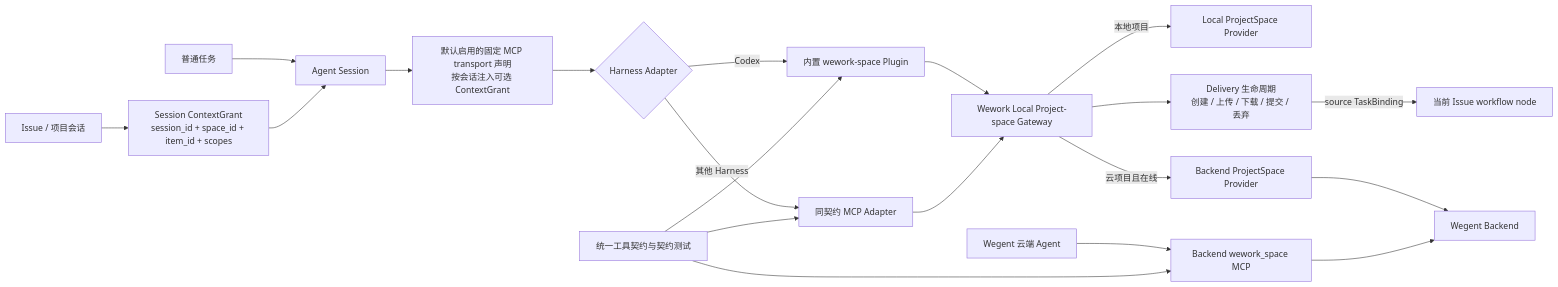
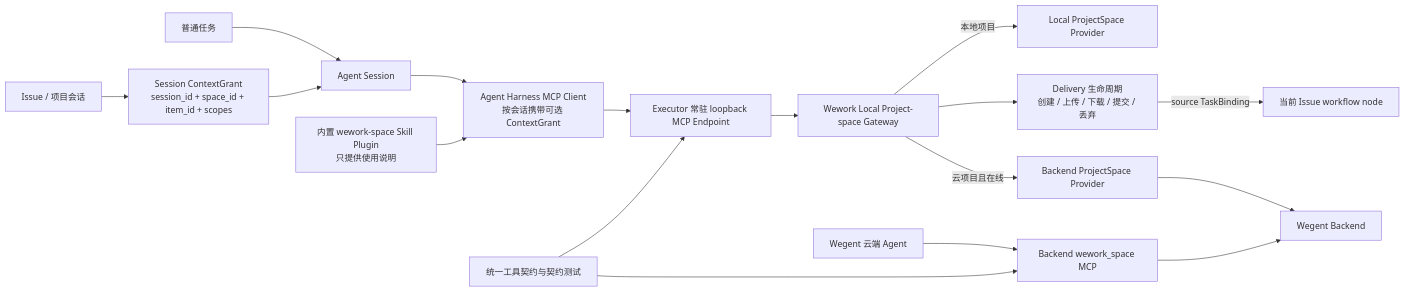
One commit to wecode-ai/Wegent changed the first of 2 diagrams in docs/zh/architecture/project-space-agent-capability.md. Above: the diagram before and after it, drawn with Mermaid. The commit also changed other lines of this file and 89 other files, not shown here.

````diff
--- a/docs/zh/architecture/project-space-agent-capability.md
+++ b/docs/zh/architecture/project-space-agent-capability.md
@@ -9,22 +9,19 @@
 ```mermaid
 flowchart LR
     ISSUE[Issue / 项目会话] --> GRANT[Session ContextGrant<br/>session_id + space_id + item_id + scopes]
     GENERIC[普通任务] --> SESSION[Agent Session]
     GRANT --> SESSION
-    SESSION --> DECLARATION[默认启用的固定 MCP transport 声明<br/>按会话注入可选 ContextGrant]
-    DECLARATION --> ADAPTER{Harness Adapter}
-    ADAPTER -->|Codex| PLUGIN[内置 wework-space Plugin]
-    ADAPTER -->|其他 Harness| MCP_ADAPTER[同契约 MCP Adapter]
-    PLUGIN --> GATEWAY[Wework Local Project-space Gateway]
-    MCP_ADAPTER --> GATEWAY
+    SESSION --> CLIENT[Agent Harness MCP Client<br/>按会话携带可选 ContextGrant]
+    CLIENT --> ENDPOINT[Executor 常驻 loopback MCP Endpoint]
+    PLUGIN[内置 wework-space Skill Plugin<br/>只提供使用说明] --> CLIENT
+    ENDPOINT --> GATEWAY[Wework Local Project-space Gateway]
     GATEWAY -->|本地项目| LOCAL[Local ProjectSpace Provider]
     GATEWAY -->|云项目且在线| REMOTE[Backend ProjectSpace Provider]
     REMOTE --> BACKEND[Wegent Backend]
     GATEWAY --> DELIVERY[Delivery 生命周期<br/>创建 / 上传 / 下载 / 提交 / 丢弃]
     DELIVERY -->|source TaskBinding| ISSUE_STAGE[当前 Issue workflow node]
     CLOUD[Wegent 云端 Agent] --> BACKEND_MCP[Backend wework_space MCP]
     BACKEND_MCP --> BACKEND
-    CONTRACT[统一工具契约与契约测试] --> PLUGIN
-    CONTRACT --> MCP_ADAPTER
+    CONTRACT[统一工具契约与契约测试] --> ENDPOINT
     CONTRACT --> BACKEND_MCP
 ```
````
